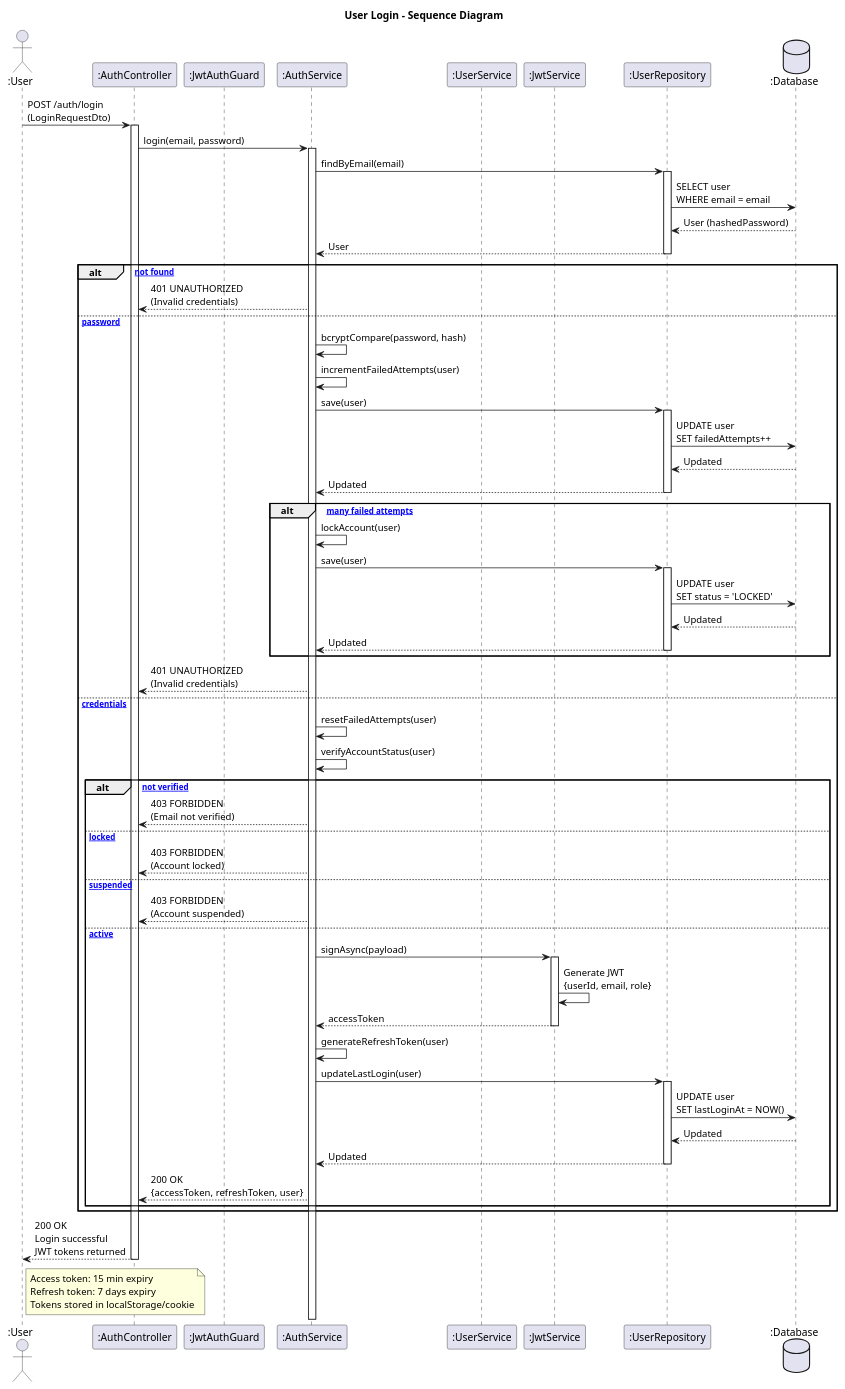
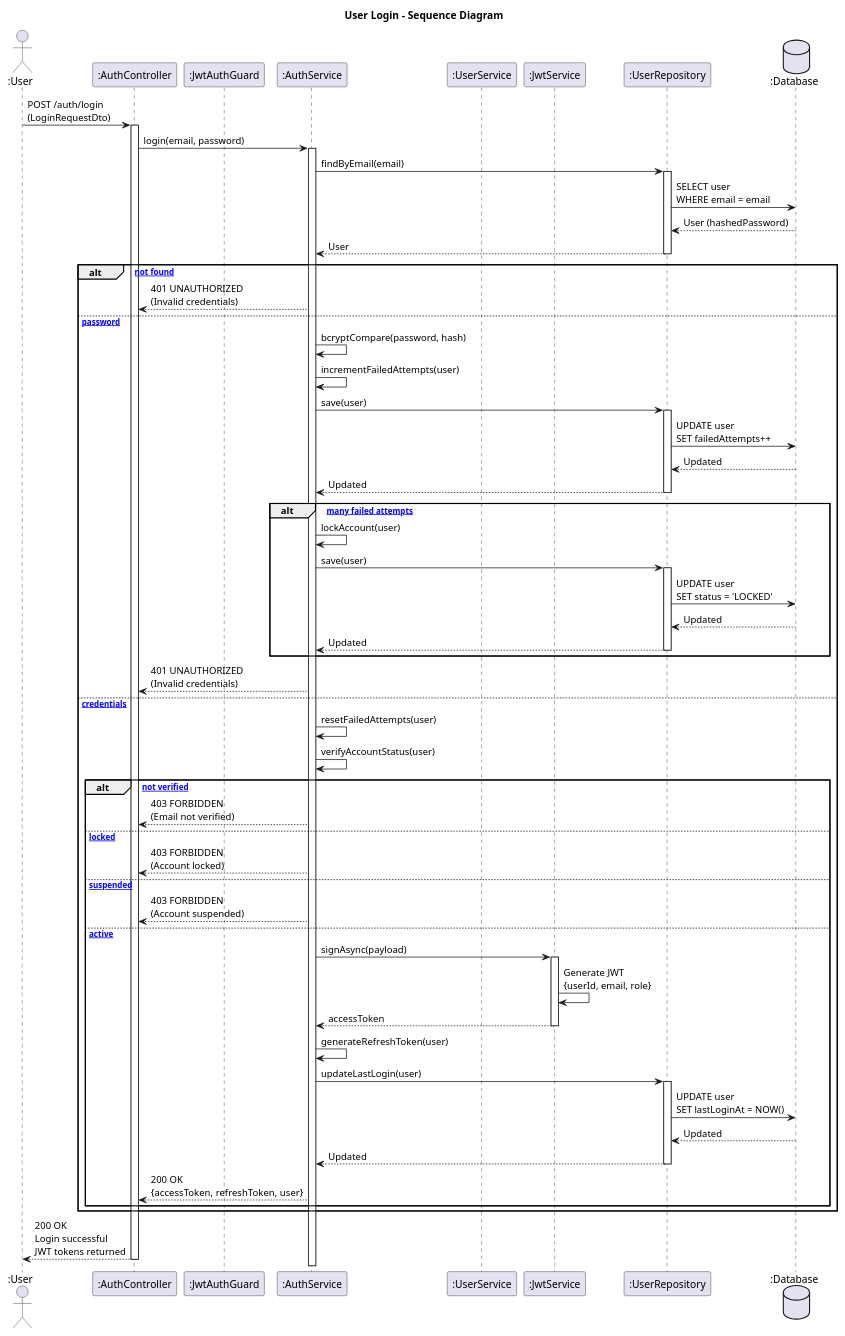
Before and after one commit to toank5/WDP: the diagram in diagrams/details/authentication/sequence-login.puml, drawn with PlantUML. The commit also changed 60 other files, not shown here.

Commit message:
Add sequence and class diagrams for inventory, preorder, return, revenue, and supplier management; implement role permissions and software testing documentation

```diff
--- a/diagrams/details/authentication/sequence-login.puml
+++ b/diagrams/details/authentication/sequence-login.puml
@@ -1,87 +1,82 @@
 @startuml LoginSequence
 title User Login - Sequence Diagram
 
 actor ":User" as user
 participant ":AuthController" as controller
 participant ":JwtAuthGuard" as authGuard
 participant ":AuthService" as authService
 participant ":UserService" as userService
 participant ":JwtService" as jwtService
 participant ":UserRepository" as userRepo
 database ":Database" as db
 
 user -> controller: POST /auth/login\n(LoginRequestDto)
 activate controller
 
 controller -> authService: login(email, password)
 activate authService
 
 authService -> userRepo: findByEmail(email)
 activate userRepo
 userRepo -> db: SELECT user\nWHERE email = email
 db --> userRepo: User (hashedPassword)
 userRepo --> authService: User
 deactivate userRepo
 
 alt [User not found]
     authService --> controller: 401 UNAUTHORIZED\n(Invalid credentials)
 else [Invalid password]
     authService -> authService: bcryptCompare(password, hash)
     authService -> authService: incrementFailedAttempts(user)
     authService -> userRepo: save(user)
     activate userRepo
     userRepo -> db: UPDATE user\nSET failedAttempts++
     db --> userRepo: Updated
     userRepo --> authService: Updated
     deactivate userRepo
 
     alt [Too many failed attempts]
         authService -> authService: lockAccount(user)
         authService -> userRepo: save(user)
         activate userRepo
         userRepo -> db: UPDATE user\nSET status = 'LOCKED'
         db --> userRepo: Updated
         userRepo --> authService: Updated
         deactivate userRepo
     end
 
     authService --> controller: 401 UNAUTHORIZED\n(Invalid credentials)
 else [Valid credentials]
     authService -> authService: resetFailedAttempts(user)
     authService -> authService: verifyAccountStatus(user)
 
     alt [Account not verified]
         authService --> controller: 403 FORBIDDEN\n(Email not verified)
     else [Account locked]
         authService --> controller: 403 FORBIDDEN\n(Account locked)
     else [Account suspended]
         authService --> controller: 403 FORBIDDEN\n(Account suspended)
     else [Account active]
         authService -> jwtService: signAsync(payload)
         activate jwtService
         jwtService -> jwtService: Generate JWT\n{userId, email, role}
         jwtService --> authService: accessToken
         deactivate jwtService
 
         authService -> authService: generateRefreshToken(user)
         authService -> userRepo: updateLastLogin(user)
         activate userRepo
         userRepo -> db: UPDATE user\nSET lastLoginAt = NOW()
         db --> userRepo: Updated
         userRepo --> authService: Updated
         deactivate userRepo
 
         authService --> controller: 200 OK\n{accessToken, refreshToken, user}
     end
 end
 
 controller --> user: 200 OK\nLogin successful\nJWT tokens returned
 deactivate controller
 
-note right of user
-  Access token: 15 min expiry
-  Refresh token: 7 days expiry
-  Tokens stored in localStorage/cookie
-end note
 
 @enduml
```
